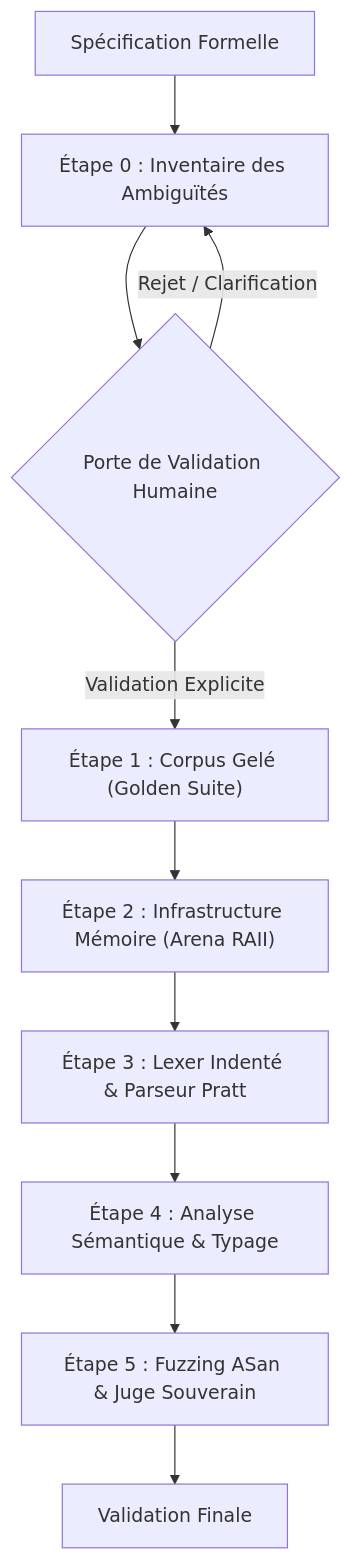
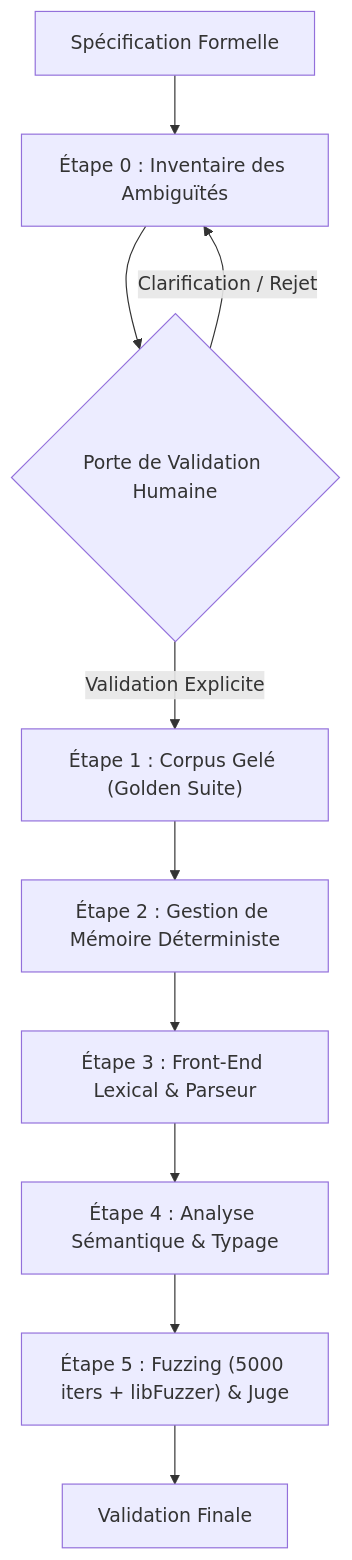
One commit to goldensam777/agn_dev_ changed the diagram in .harness/playbooks/add-language-from-spec.md. Above: the diagram before and after it, drawn with Mermaid. The commit also changed other lines of this file and 9 other files, not shown here.

Commit message:
feat(bench,fuzz): multi-machine baselines, generic fuzz engine with libFuzzer and Onyx architecture extraction

````diff
--- a/.harness/playbooks/add-language-from-spec.md
+++ b/.harness/playbooks/add-language-from-spec.md
@@ -36,12 +37,12 @@
 ```mermaid
 flowchart TD
     A["Spécification Formelle"] --> B["Étape 0 : Inventaire des Ambiguïtés"]
     B --> C{"Porte de Validation Humaine"}
     C -- "Validation Explicite" --> D["Étape 1 : Corpus Gelé (Golden Suite)"]
-    C -- "Rejet / Clarification" --> B
-    D --> E["Étape 2 : Infrastructure Mémoire (Arena RAII)"]
-    E --> F["Étape 3 : Lexer Indenté & Parseur Pratt"]
+    C -- "Clarification / Rejet" --> B
+    D --> E["Étape 2 : Gestion de Mémoire Déterministe"]
+    E --> F["Étape 3 : Front-End Lexical & Parseur"]
     F --> G["Étape 4 : Analyse Sémantique & Typage"]
-    G --> H["Étape 5 : Fuzzing ASan & Juge Souverain"]
+    G --> H["Étape 5 : Fuzzing (5000 iters + libFuzzer) & Juge"]
     H --> I["Validation Finale"]
 ```
````
